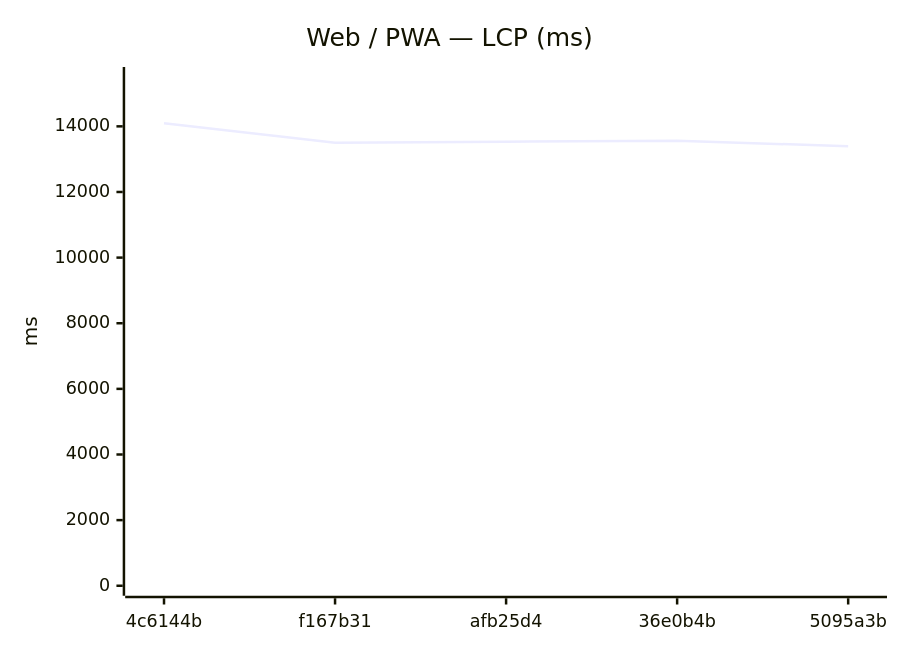
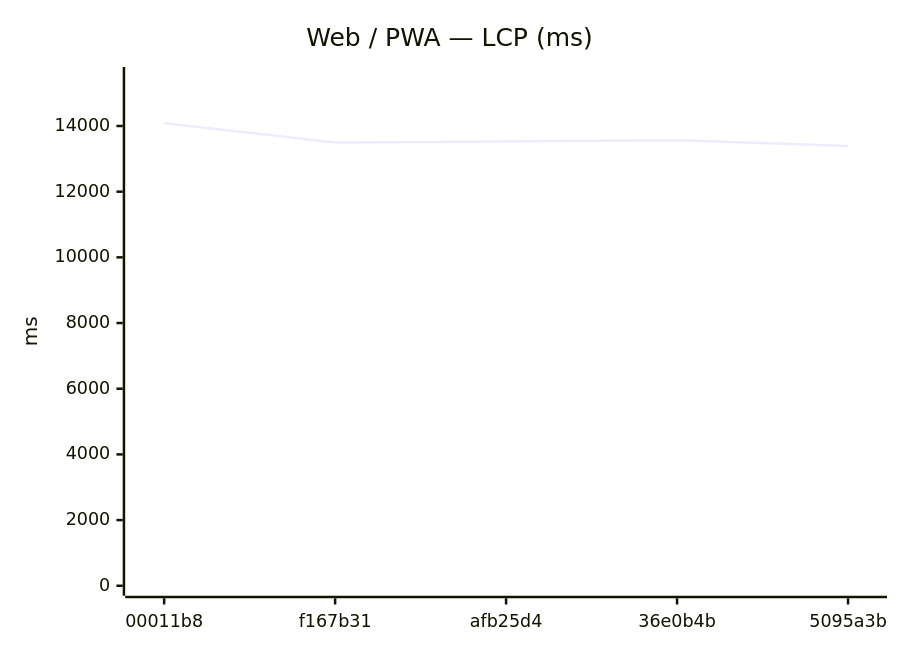
Before and after one commit to Metaheurist/Rianell: the seventh of 18 diagrams in benchmarks/compare.md, drawn with Mermaid. The commit also changed other lines of this file and 11 other files, not shown here.

````diff
--- a/benchmarks/compare.md
+++ b/benchmarks/compare.md
@@ -117,7 +117,7 @@
 ```mermaid
 xychart-beta
     title "Web / PWA — LCP (ms)"
-    x-axis ["4c6144b", "f167b31", "afb25d4", "36e0b4b", "5095a3b"]
-    y-axis "ms" 0 --> 15504
-    line [14094, 13501, 13531, 13563, 13394]
+    x-axis ["00011b8", "f167b31", "afb25d4", "36e0b4b", "5095a3b"]
+    y-axis "ms" 0 --> 15492
+    line [14083, 13501, 13531, 13563, 13394]
 ```
````
